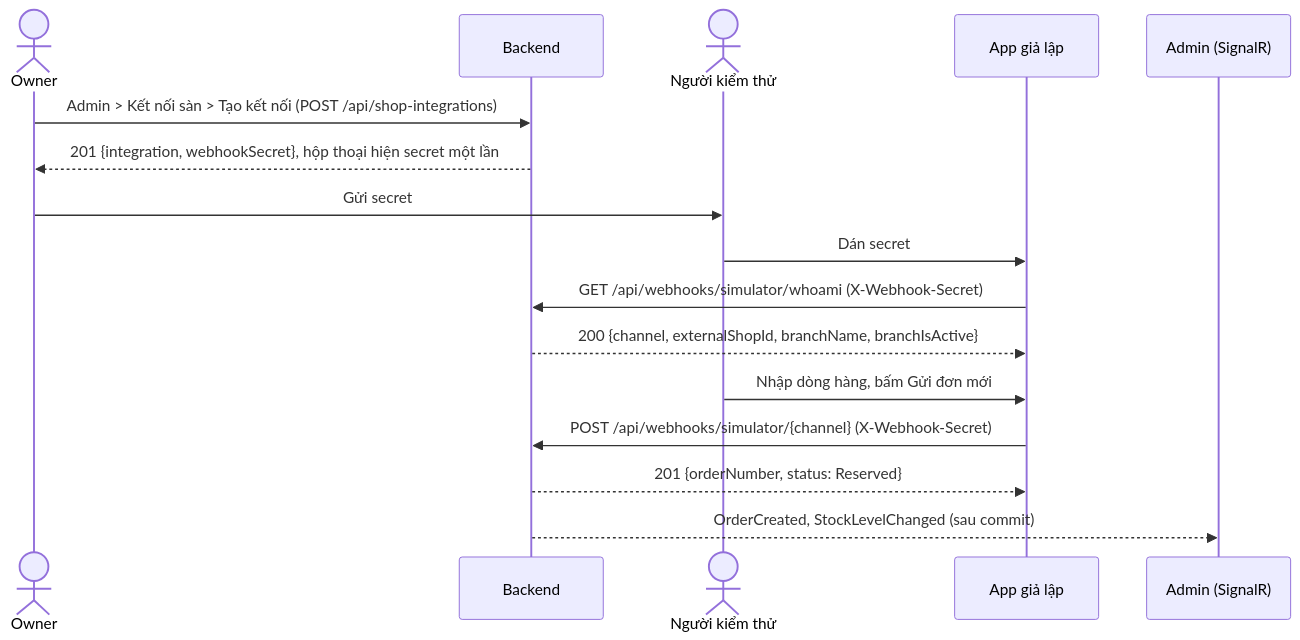
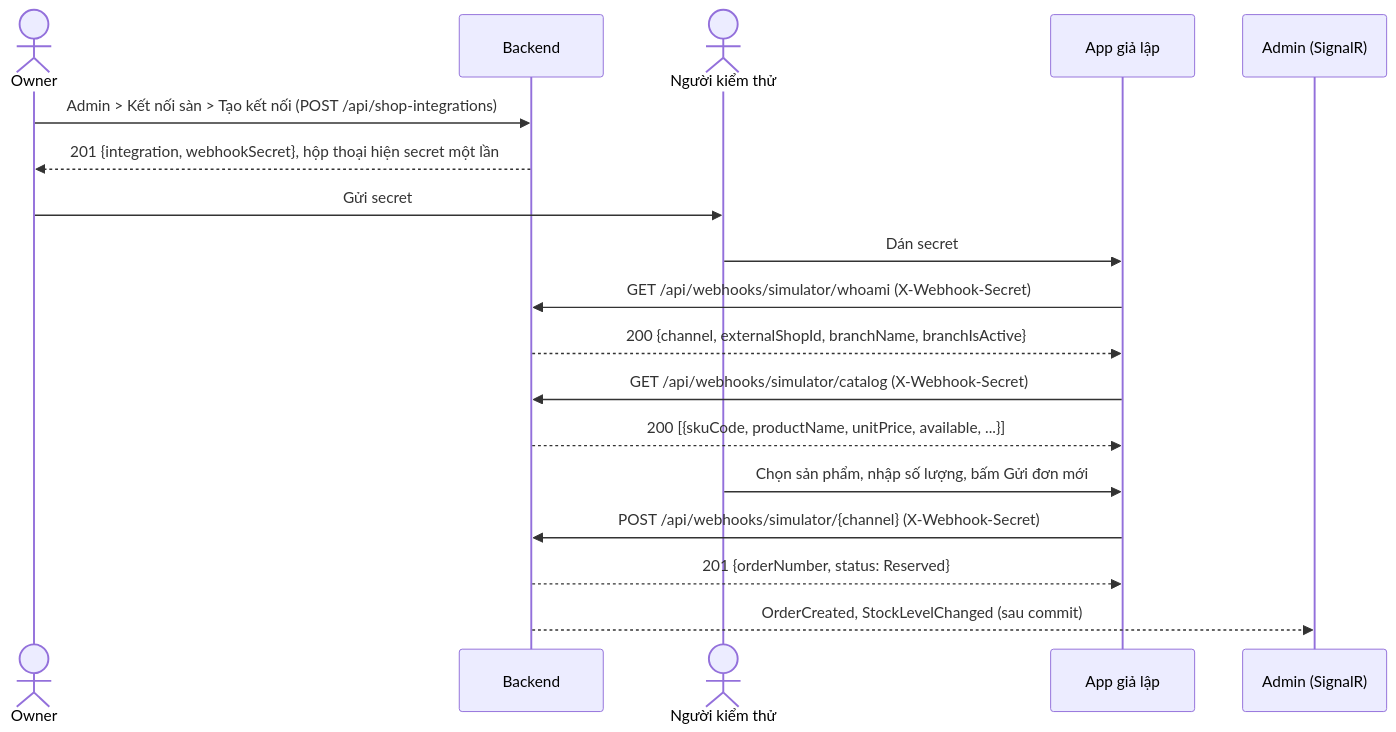
Before and after one commit to khoalvd839764-netizen/OISMS: the diagram in docs/14-webhook-simulator/README.md, drawn with Mermaid. The commit also changed other lines of this file and 13 other files, not shown here.

First line of the commit message:
[OISMS-48] feat(simulator): chọn sản phẩm của shop theo webhook secret thay vì gõ mã SKU

````diff
--- a/docs/14-webhook-simulator/README.md
+++ b/docs/14-webhook-simulator/README.md
@@ -38,19 +39,21 @@
 ```mermaid
 sequenceDiagram
     actor Owner
     participant API as Backend
     actor Tester as Người kiểm thử
     participant Sim as App giả lập
     participant Admin as Admin (SignalR)
 
     Owner->>API: Admin > Kết nối sàn > Tạo kết nối (POST /api/shop-integrations)
     API-->>Owner: 201 {integration, webhookSecret}, hộp thoại hiện secret một lần
     Owner->>Tester: Gửi secret
     Tester->>Sim: Dán secret
     Sim->>API: GET /api/webhooks/simulator/whoami (X-Webhook-Secret)
     API-->>Sim: 200 {channel, externalShopId, branchName, branchIsActive}
-    Tester->>Sim: Nhập dòng hàng, bấm Gửi đơn mới
+    Sim->>API: GET /api/webhooks/simulator/catalog (X-Webhook-Secret)
+    API-->>Sim: 200 [{skuCode, productName, unitPrice, available, ...}]
+    Tester->>Sim: Chọn sản phẩm, nhập số lượng, bấm Gửi đơn mới
     Sim->>API: POST /api/webhooks/simulator/{channel} (X-Webhook-Secret)
     API-->>Sim: 201 {orderNumber, status: Reserved}
     API-->>Admin: OrderCreated, StockLevelChanged (sau commit)
 ```
````
